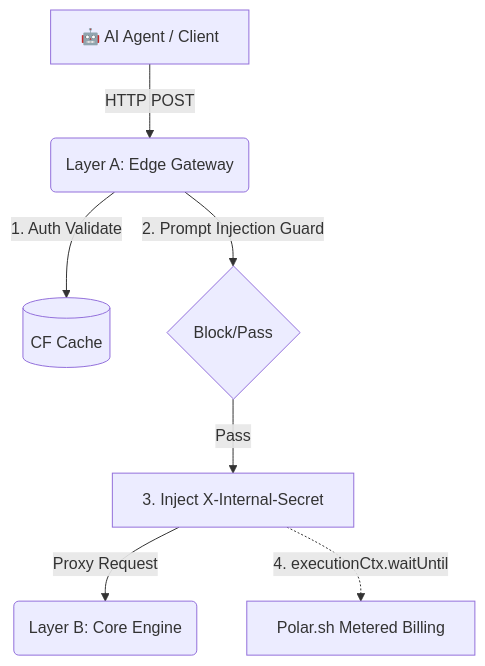
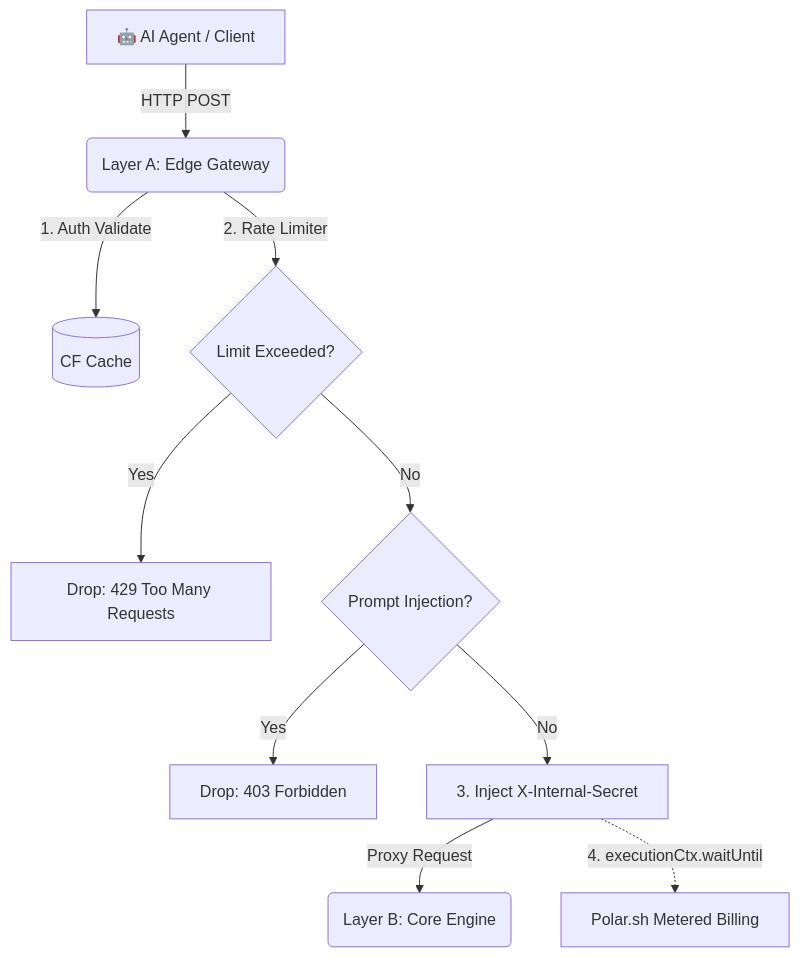
One commit to SakuttoWorks/agent-commerce-gateway changed the diagram in README.md. Above: the diagram before and after it, drawn with Mermaid. The commit also changed other lines of this file and 3 other files, not shown here.

````diff
--- a/README.md
+++ b/README.md
@@ -31,9 +33,12 @@
 ```mermaid
 graph TD
     A[🤖 AI Agent / Client] -->|HTTP POST| B(Layer A: Edge Gateway)
     B -->|1. Auth Validate| Cache[(CF Cache)]
-    B -->|2. Prompt Injection Guard| Shield{Block/Pass}
-    Shield -->|Pass| C[3. Inject X-Internal-Secret]
+    B -->|2. Rate Limiter| Rate{Limit Exceeded?}
+    Rate -->|Yes| 429[Drop: 429 Too Many Requests]
+    Rate -->|No| Shield{Prompt Injection?}
+    Shield -->|Yes| 403[Drop: 403 Forbidden]
+    Shield -->|No| C[3. Inject X-Internal-Secret]
     C -->|Proxy Request| D(Layer B: Core Engine)
     C -.->|4. executionCtx.waitUntil| P[Polar.sh Metered Billing]
 ```
````
